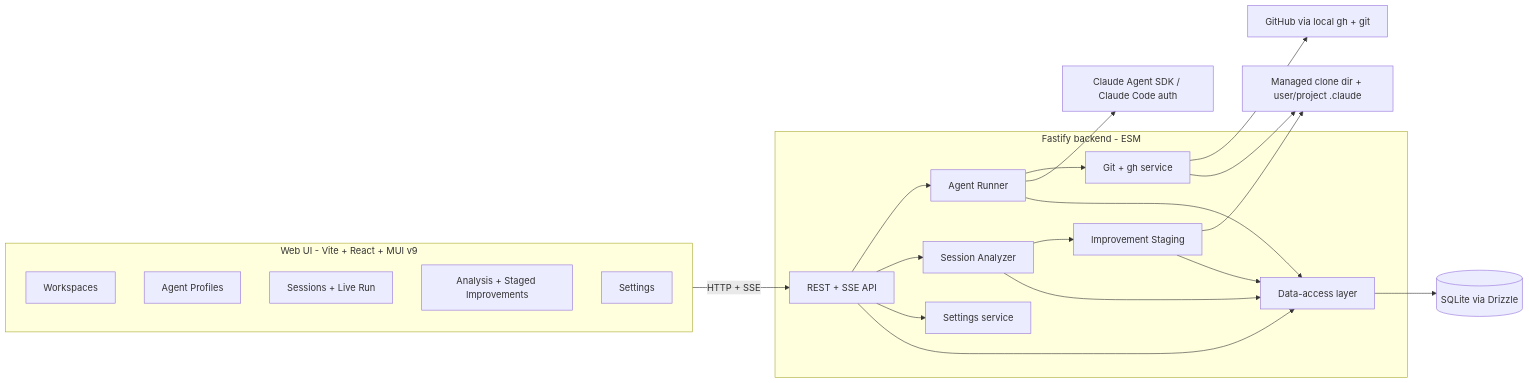
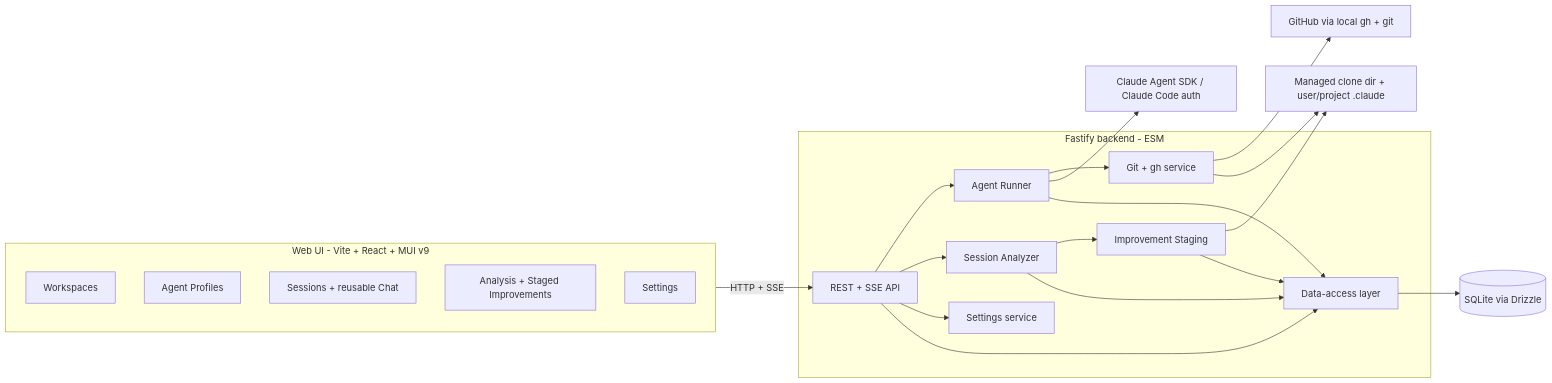
Before and after one commit to azweb76/claude-assistant: the first of 3 diagrams in docs/architecture.md, drawn with Mermaid. The commit also changed other lines of this file and 13 other files, not shown here.

````diff
--- a/docs/architecture.md
+++ b/docs/architecture.md
@@ -7,39 +7,39 @@
 ```mermaid
 flowchart LR
   subgraph web [Web UI - Vite + React + MUI v9]
     workspacesUI[Workspaces]
     profilesUI[Agent Profiles]
-    sessionsUI[Sessions + Live Run]
+    sessionsUI[Sessions + reusable Chat]
     analysisUI[Analysis + Staged Improvements]
     settingsUI[Settings]
   end
   subgraph server [Fastify backend - ESM]
     api[REST + SSE API]
     settingsSvc[Settings service]
     runner[Agent Runner]
     gitSvc[Git + gh service]
     analyzer[Session Analyzer]
     staging[Improvement Staging]
     dal[Data-access layer]
   end
   db[(SQLite via Drizzle)]
   claude[Claude Agent SDK / Claude Code auth]
   gh[GitHub via local gh + git]
   fs[Managed clone dir + user/project .claude]
 
   web -->|"HTTP + SSE"| api
   api --> runner
   api --> analyzer
   api --> settingsSvc
   runner --> gitSvc
   runner --> claude
   gitSvc --> gh
   gitSvc --> fs
   analyzer --> staging
   staging --> fs
   api --> dal
   runner --> dal
   analyzer --> dal
   staging --> dal
   dal --> db
 ```
````
